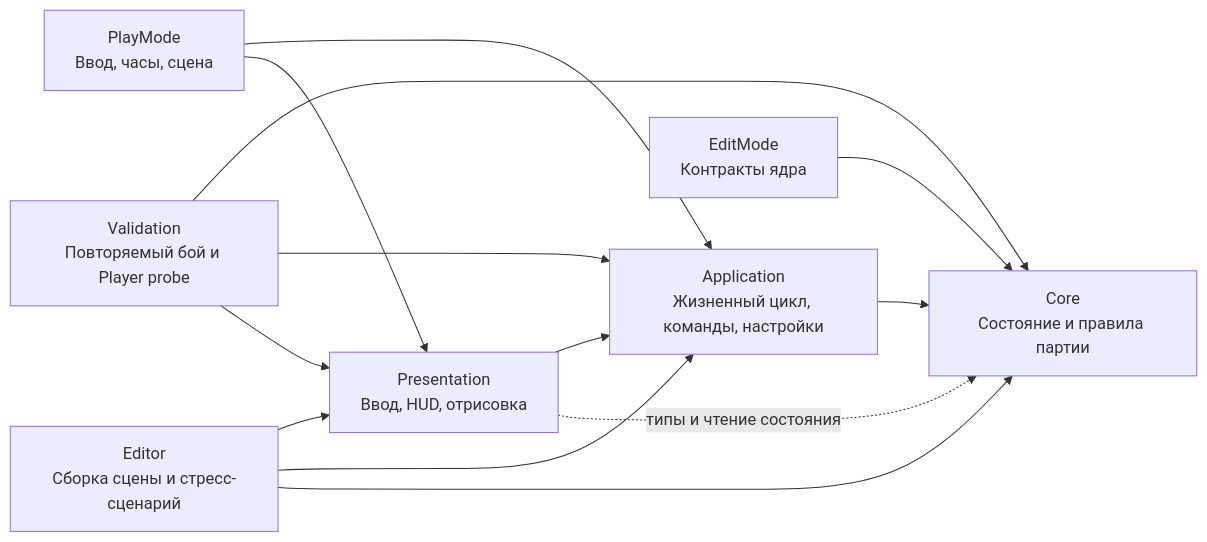
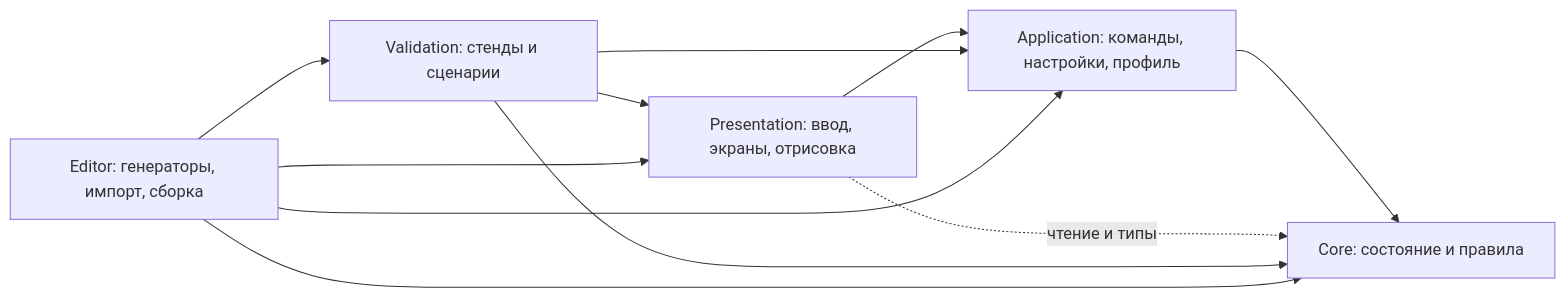
The diagram in docs/PaperDefense-Architecture.md (greedval-us/paper), drawn with Mermaid before and after one commit. The commit also changed other lines of this file and 26 other files, not shown here.

````diff
--- a/docs/PaperDefense-Architecture.md
+++ b/docs/PaperDefense-Architecture.md
@@ -74,15 +9,13 @@
 ```mermaid
 flowchart LR
-    P[Presentation<br/>Ввод, HUD, отрисовка] --> A[Application<br/>Жизненный цикл, команды, настройки]
-    A --> C[Core<br/>Состояние и правила партии]
-    P -. типы и чтение состояния .-> C
-    T[EditMode<br/>Контракты ядра] --> C
-    I[PlayMode<br/>Ввод, часы, сцена] --> A
-    I --> P
-    V[Validation<br/>Повторяемый бой и Player probe] --> C
+    P[Presentation: ввод, экраны, отрисовка] --> A[Application: команды, настройки, профиль]
+    A --> C[Core: состояние и правила]
+    P -. чтение и типы .-> C
+    V[Validation: стенды и сценарии] --> P
     V --> A
-    V --> P
-    E[Editor<br/>Сборка сцены и стресс-сценарий] --> P
+    V --> C
+    E[Editor: генераторы, импорт, сборка] --> V
+    E --> P
     E --> A
     E --> C
 ```
````
